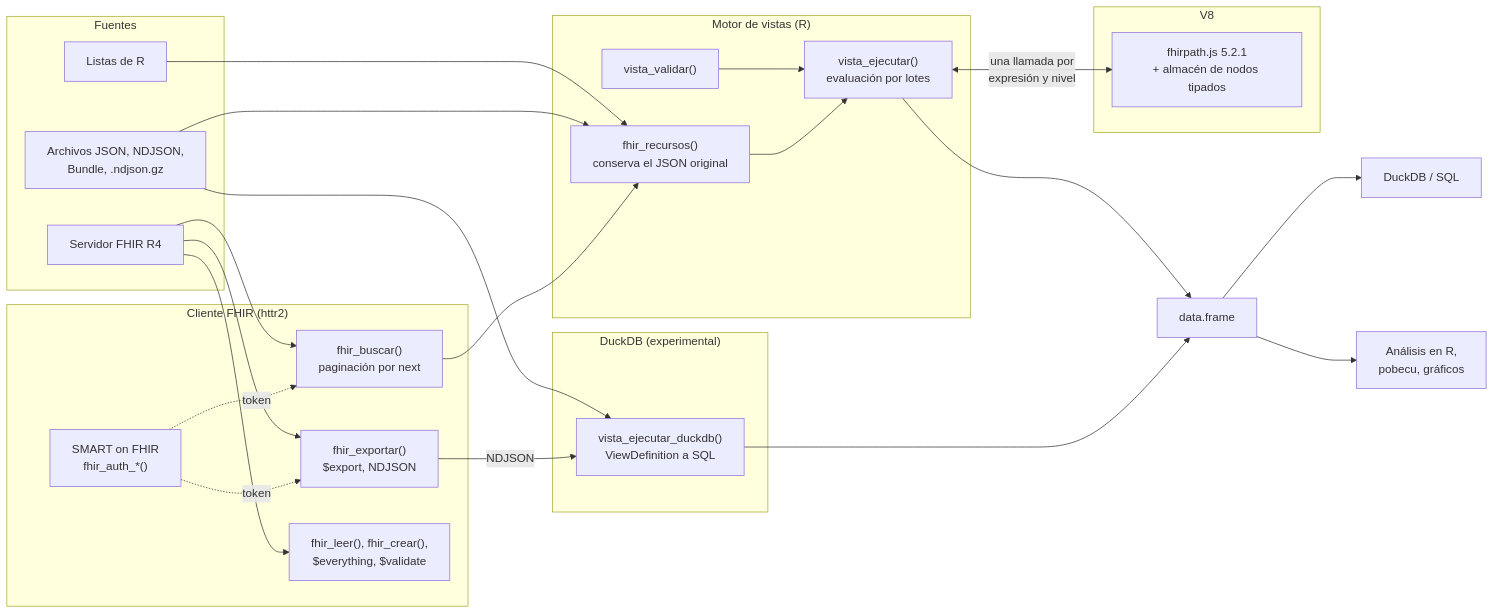
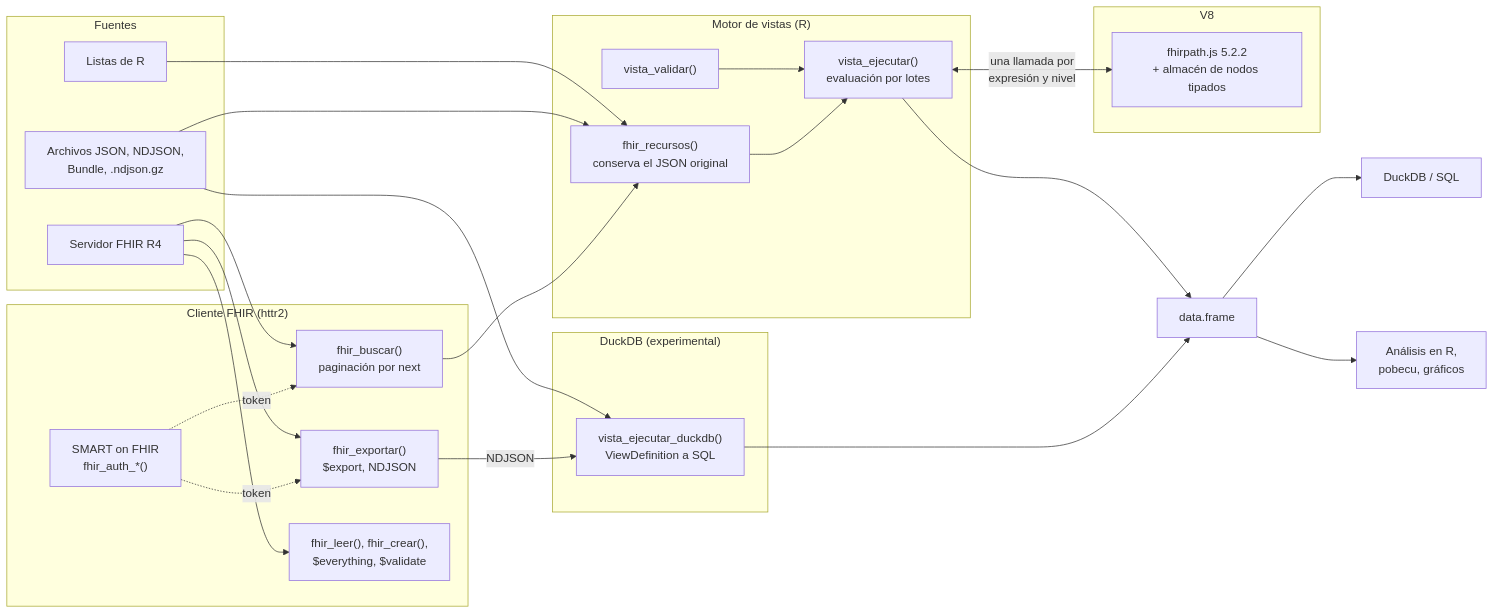
One commit to f-slg/fhirviews changed the first of 3 diagrams in README.md. Above: the diagram before and after it, drawn with Mermaid. The commit also changed 17 other files, not shown here.

````diff
--- a/README.md
+++ b/README.md
@@ -347,41 +347,41 @@
 ```mermaid
 flowchart LR
     subgraph Fuentes
         S["Servidor FHIR R4"]
         F["Archivos JSON, NDJSON,<br/>Bundle, .ndjson.gz"]
         L["Listas de R"]
     end
     subgraph Cliente["Cliente FHIR (httr2)"]
         AU["SMART on FHIR<br/>fhir_auth_*()"]
         B["fhir_buscar()<br/>paginación por next"]
         X["fhir_exportar()<br/>$export, NDJSON"]
         P["fhir_leer(), fhir_crear(),<br/>$everything, $validate"]
     end
     subgraph Motor["Motor de vistas (R)"]
         R["fhir_recursos()<br/>conserva el JSON original"]
         V["vista_validar()"]
         E["vista_ejecutar()<br/>evaluación por lotes"]
     end
     subgraph JS["V8"]
-        FP["fhirpath.js 5.2.1<br/>+ almacén de nodos tipados"]
+        FP["fhirpath.js 5.2.2<br/>+ almacén de nodos tipados"]
     end
     subgraph DK["DuckDB (experimental)"]
         SQ["vista_ejecutar_duckdb()<br/>ViewDefinition a SQL"]
     end
     AU -.->|"token"| B
     AU -.->|"token"| X
     S --> B --> R
     S --> X
     S --> P
     X -->|"NDJSON"| SQ
     F --> SQ
     SQ --> T
     F --> R
     L --> R
     R --> E
     V --> E
     E <-->|"una llamada por<br/>expresión y nivel"| FP
     E --> T["data.frame"]
     T --> D["DuckDB / SQL"]
     T --> A["Análisis en R,<br/>pobecu, gráficos"]
 ```
````
